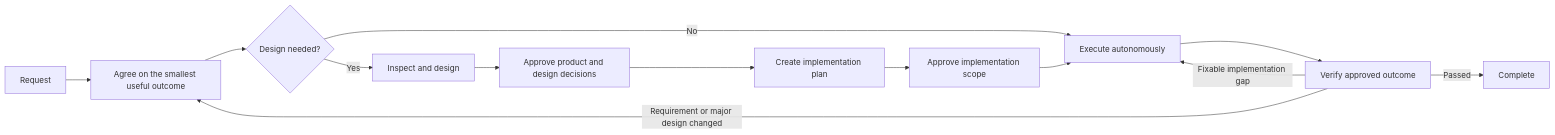
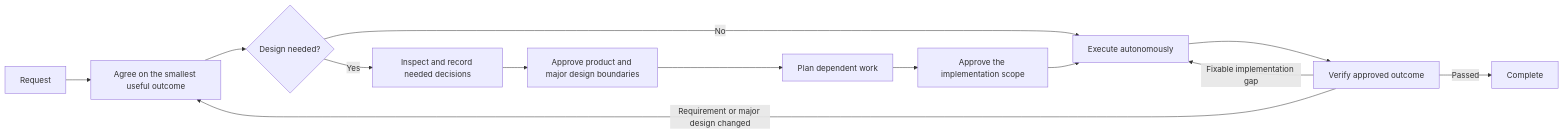
Before and after one commit to shinpr/codex-workflows: the diagram in README.md, drawn with Mermaid. The commit also changed other lines of this file, not shown here.

Commit message:
docs: clarify product boundaries for Codex workflows

````diff
--- a/README.md
+++ b/README.md
@@ -75,15 +79,15 @@
 ```mermaid
 flowchart LR
     A[Request] --> B[Agree on the smallest useful outcome]
     B --> C{Design needed?}
     C -->|No| H[Execute autonomously]
-    C -->|Yes| D[Inspect and design]
-    D --> E[Approve product and design decisions]
-    E --> F[Create implementation plan]
-    F --> G[Approve implementation scope]
+    C -->|Yes| D[Inspect and record needed decisions]
+    D --> E[Approve product and major design boundaries]
+    E --> F[Plan dependent work]
+    F --> G[Approve the implementation scope]
     G --> H
     H --> I[Verify approved outcome]
     I -->|Fixable implementation gap| H
     I -->|Requirement or major design changed| B
     I -->|Passed| J[Complete]
 ```
````
